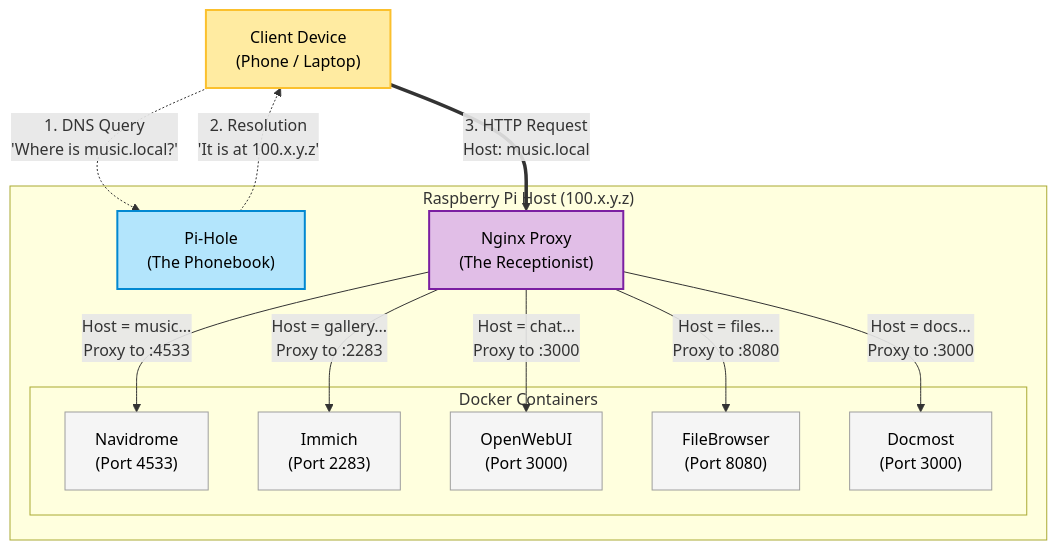
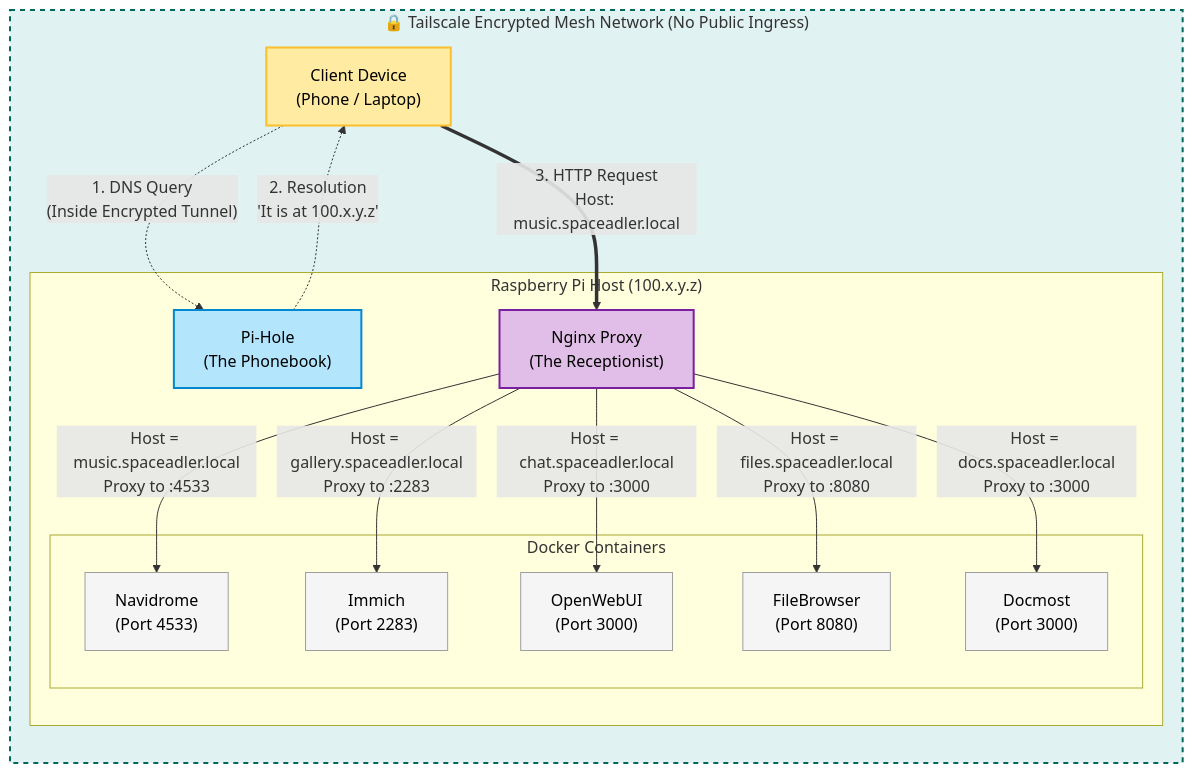
Before and after one commit to spaceadler/homelab: the diagram in README.md, drawn with Mermaid.

````diff
--- a/README.md
+++ b/README.md
@@ -55,41 +55,50 @@
 ```mermaid
 graph TD
     %% STYLING
     classDef client fill:#ffeba1,stroke:#fbc02d,stroke-width:2px,color:#000;
     classDef dns fill:#b3e5fc,stroke:#0288d1,stroke-width:2px,color:#000;
     classDef proxy fill:#e1bee7,stroke:#7b1fa2,stroke-width:2px,color:#000;
     classDef service fill:#f5f5f5,stroke:#9e9e9e,stroke-width:1px,color:#000;
+    classDef mesh fill:#e0f2f1,stroke:#00695c,stroke-width:2px,stroke-dasharray: 5 5;
 
-    %% NODES
-    User["Client Device<br/>(Phone / Laptop)"]:::client
-    
-    subgraph Host [" Raspberry Pi Host (100.x.y.z) "]
+    %% --- THE SECURE BOX ---
+    subgraph Mesh ["🔒 Tailscale Encrypted Mesh Network (No Public Ingress)"]
+        direction TB
         
-        PiHole["Pi-Hole<br/>(The Phonebook)"]:::dns
-        Nginx["Nginx Proxy<br/>(The Receptionist)"]:::proxy
+        %% NODES
+        User["Client Device<br/>(Phone / Laptop)"]:::client
         
-        subgraph Containers [" Docker Containers "]
-            Music["Navidrome<br/>(Port 4533)"]:::service
-            Immich["Immich<br/>(Port 2283)"]:::service
-            AI["OpenWebUI<br/>(Port 3000)"]:::service
-            Files["FileBrowser<br/>(Port 8080)"]:::service
-            Docs["Docmost<br/>(Port 3000)"]:::service
+        subgraph Host [" Raspberry Pi Host (100.x.y.z) "]
+            
+            PiHole["Pi-Hole<br/>(The Phonebook)"]:::dns
+            Nginx["Nginx Proxy<br/>(The Receptionist)"]:::proxy
+            
+            subgraph Containers [" Docker Containers "]
+                Music["Navidrome<br/>(Port 4533)"]:::service
+                Immich["Immich<br/>(Port 2283)"]:::service
+                AI["OpenWebUI<br/>(Port 3000)"]:::service
+                Files["FileBrowser<br/>(Port 8080)"]:::service
+                Docs["Docmost<br/>(Port 3000)"]:::service
+            end
         end
     end
 
     %% LOGIC FLOW
     
     %% Step 1: DNS
-    User -.->|"1. DNS Query<br/>'Where is music.local?'"| PiHole
+    User -.->|"1. DNS Query<br/>(Inside Encrypted Tunnel)"| PiHole
     PiHole -.->|"2. Resolution<br/>'It is at 100.x.y.z'"| User
 
-    %% Step 2: Traffic (Fixed Syntax Here)
-    User ==>|"3. HTTP Request<br/>Host: music.local"| Nginx
+    %% Step 2: Traffic
+    User ==>|"3. HTTP Request<br/>Host: music.spaceadler.local"| Nginx
 
     %% Step 3: Routing
-    Nginx -->|"Host = music...<br/>Proxy to :4533"| Music
-    Nginx -->|"Host = gallery...<br/>Proxy to :2283"| Immich
-    Nginx -->|"Host = chat...<br/>Proxy to :3000"| AI
-    Nginx -->|"Host = files...<br/>Proxy to :8080"| Files
-    Nginx -->|"Host = docs...<br/>Proxy to :3000"| Docs
+    Nginx -->|"Host = music.spaceadler.local<br/>Proxy to :4533"| Music
+    Nginx -->|"Host = gallery.spaceadler.local<br/>Proxy to :2283"| Immich
+    Nginx -->|"Host = chat.spaceadler.local<br/>Proxy to :3000"| AI
+    Nginx -->|"Host = files.spaceadler.local<br/>Proxy to :8080"| Files
+    Nginx -->|"Host = docs.spaceadler.local<br/>Proxy to :3000"| Docs
+
+    %% Apply Mesh Style
+    class Mesh mesh;
 ```
````
